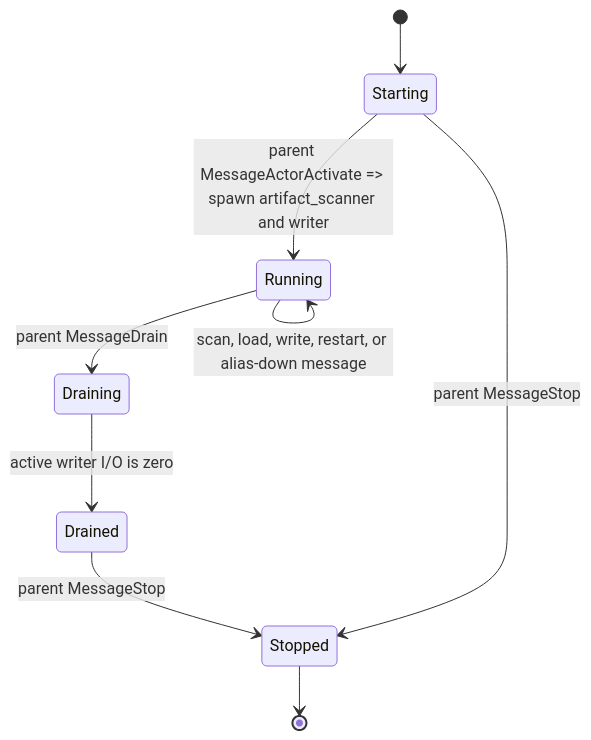
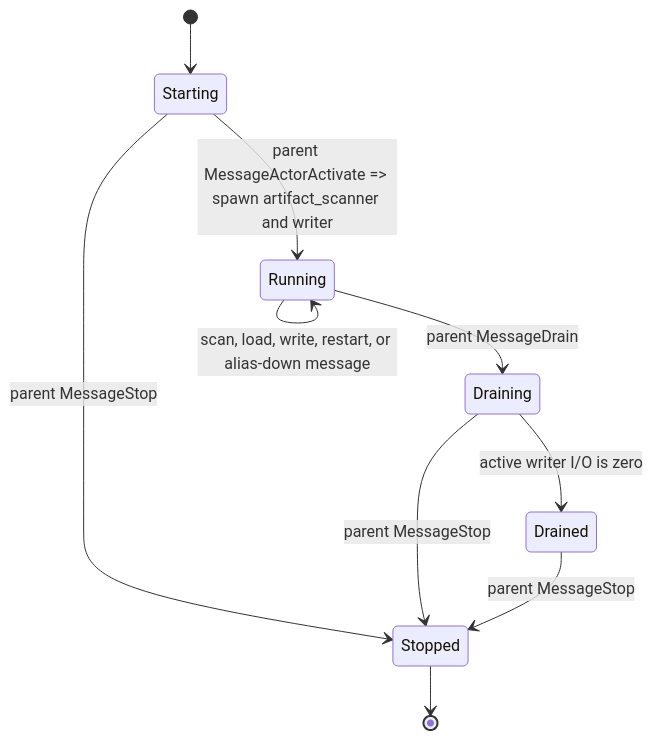
The fourth of 8 diagrams in docs/internals/controller-runtime.md (HarishHary/blink), drawn with Mermaid before and after one commit. The commit also changed other lines of this file and 5 other files, not shown here.

````diff
--- a/docs/internals/controller-runtime.md
+++ b/docs/internals/controller-runtime.md
@@ -156,11 +166,12 @@
 ```mermaid
 stateDiagram-v2
   [*] --> Starting
   Starting --> Running: parent MessageActorActivate => spawn artifact_scanner and writer
   Running --> Running: scan, load, write, restart, or alias-down message
   Running --> Draining: parent MessageDrain
   Draining --> Drained: active writer I/O is zero
   Drained --> Stopped: parent MessageStop
+  Draining --> Stopped: parent MessageStop
   Starting --> Stopped: parent MessageStop
   Stopped --> [*]
 ```
````
